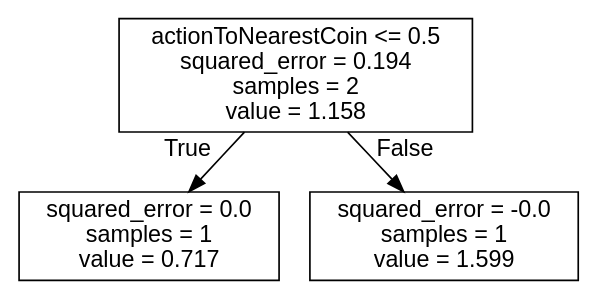
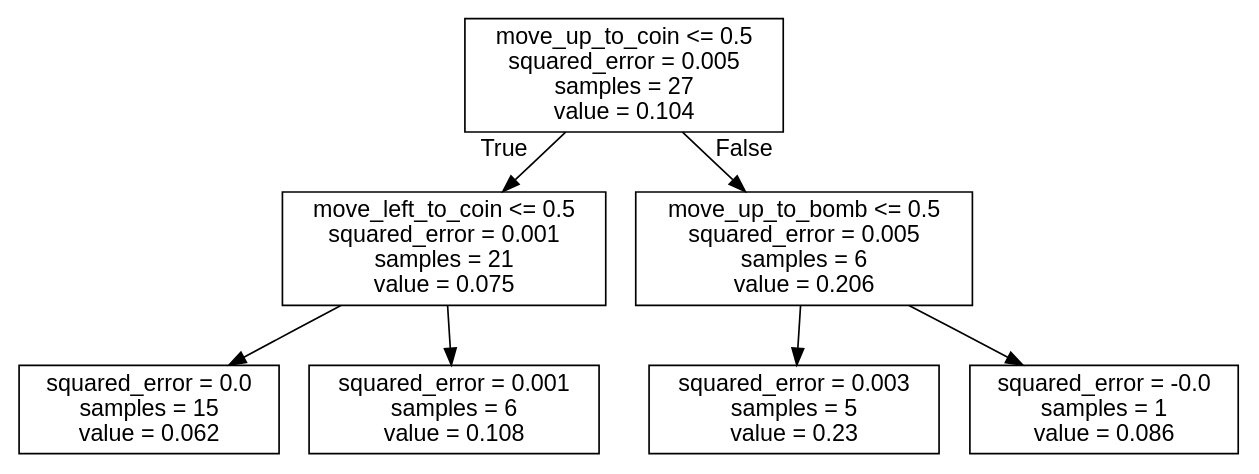
Before and after one commit to J-Gann/FML: the diagram in bomberman_rl/agent_code/my_agent/trees/UP.dot, drawn with Graphviz. The commit also changed 13 other files, not shown here.

```diff
--- a/bomberman_rl/agent_code/my_agent/trees/UP.dot
+++ b/bomberman_rl/agent_code/my_agent/trees/UP.dot
@@ -1,9 +1,17 @@
 digraph Tree {
 node [shape=box, fontname="helvetica"] ;
 edge [fontname="helvetica"] ;
-0 [label="actionToNearestCoin <= 0.5\nsquared_error = 0.194\nsamples = 2\nvalue = 1.158"] ;
-1 [label="squared_error = 0.0\nsamples = 1\nvalue = 0.717"] ;
+0 [label="move_up_to_coin <= 0.5\nsquared_error = 0.005\nsamples = 27\nvalue = 0.104"] ;
+1 [label="move_left_to_coin <= 0.5\nsquared_error = 0.001\nsamples = 21\nvalue = 0.075"] ;
 0 -> 1 [labeldistance=2.5, labelangle=45, headlabel="True"] ;
-2 [label="squared_error = -0.0\nsamples = 1\nvalue = 1.599"] ;
-0 -> 2 [labeldistance=2.5, labelangle=-45, headlabel="False"] ;
+2 [label="squared_error = 0.0\nsamples = 15\nvalue = 0.062"] ;
+1 -> 2 ;
+3 [label="squared_error = 0.001\nsamples = 6\nvalue = 0.108"] ;
+1 -> 3 ;
+4 [label="move_up_to_bomb <= 0.5\nsquared_error = 0.005\nsamples = 6\nvalue = 0.206"] ;
+0 -> 4 [labeldistance=2.5, labelangle=-45, headlabel="False"] ;
+5 [label="squared_error = 0.003\nsamples = 5\nvalue = 0.23"] ;
+4 -> 5 ;
+6 [label="squared_error = -0.0\nsamples = 1\nvalue = 0.086"] ;
+4 -> 6 ;
 }
```
